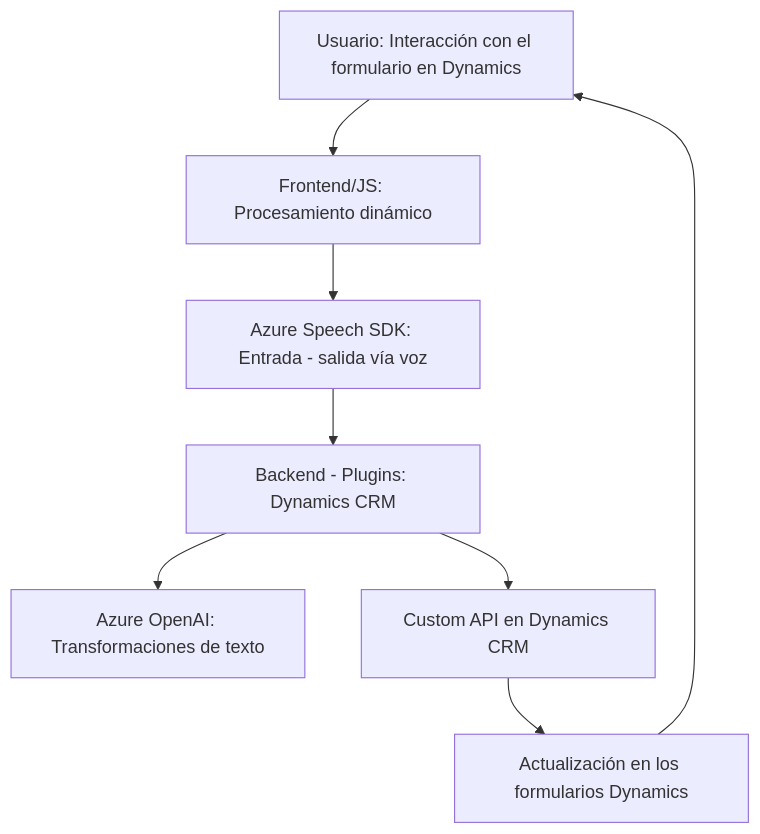
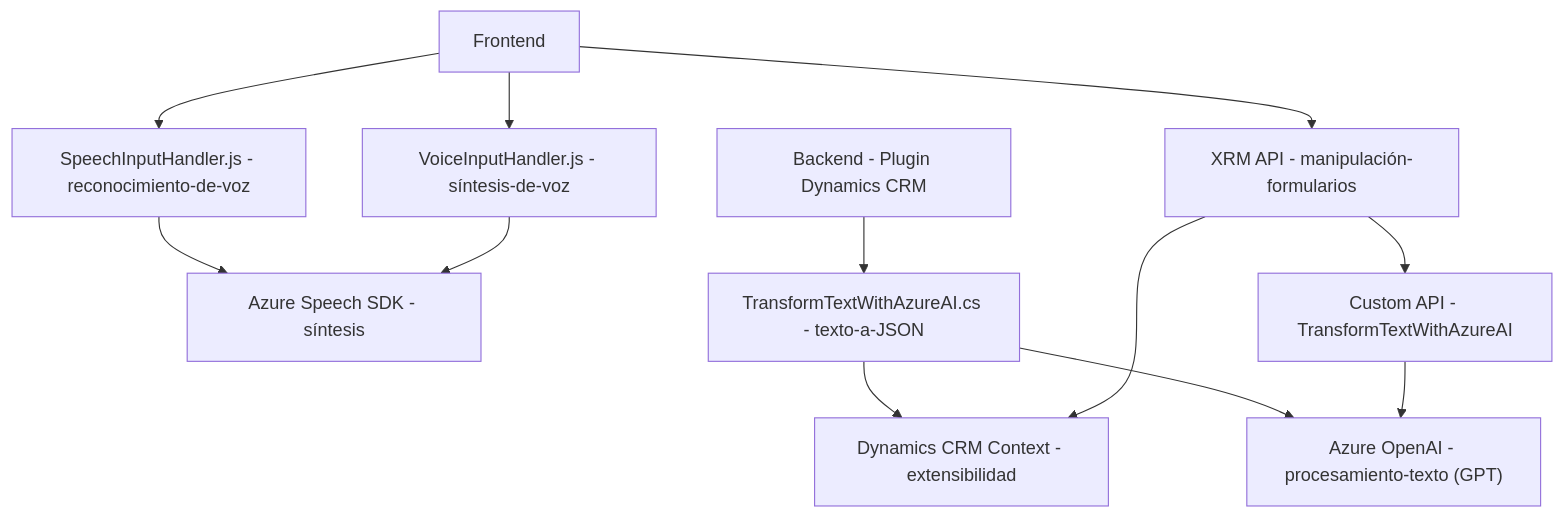
One commit to blopezdm/NETCORE_BILBAO2025 changed the diagram in README.md. Above: the diagram before and after it, drawn with Mermaid. The commit also changed other lines of this file, not shown here.

Commit message:
Actualizar análisis global de la solución con IA

````diff
--- a/README.md
+++ b/README.md
@@ -51,10 +43,14 @@
 ```mermaid
 graph TD
-    A["Usuario: Interacción con el formulario en Dynamics"] --> B["Frontend/JS: Procesamiento dinámico"]
-    B --> C["Azure Speech SDK: Entrada - salida vía voz"]
-    C --> D["Backend - Plugins: Dynamics CRM"]
-    D --> E["Azure OpenAI: Transformaciones de texto"]
-    D --> F["Custom API en Dynamics CRM"]
-    F --> G["Actualización en los formularios Dynamics"]
-    G --> A
+    A["Frontend"] --> B["VoiceInputHandler.js - síntesis-de-voz"]
+    A --> C["SpeechInputHandler.js - reconocimiento-de-voz"]
+    C --> D["Azure Speech SDK - reconocimiento"]
+    B --> D["Azure Speech SDK - síntesis"]
+    A --> E["XRM API - manipulación-formularios"]
+    F["Backend - Plugin Dynamics CRM"] --> G["TransformTextWithAzureAI.cs - texto-a-JSON"]
+    G --> H["Azure OpenAI - procesamiento-texto (GPT)"]
+    G --> I["Dynamics CRM Context - extensibilidad"]
+    E --> I
+    E --> J["Custom API - TransformTextWithAzureAI"]
+    J --> H
 ```
````
